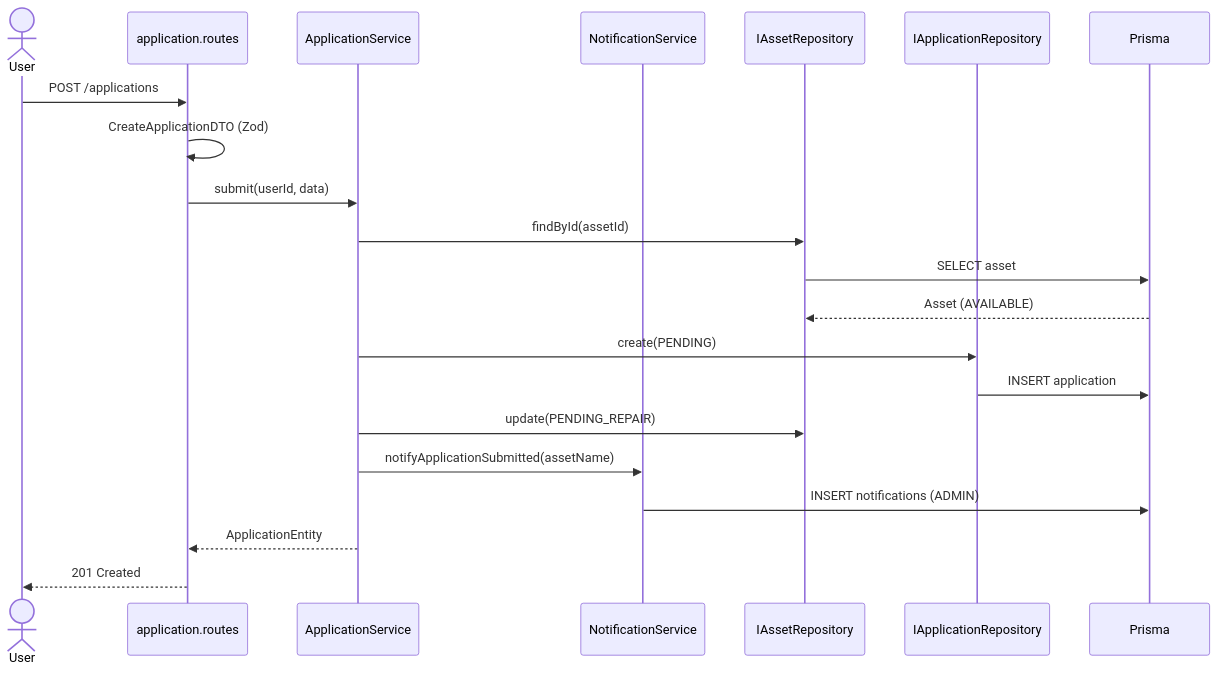
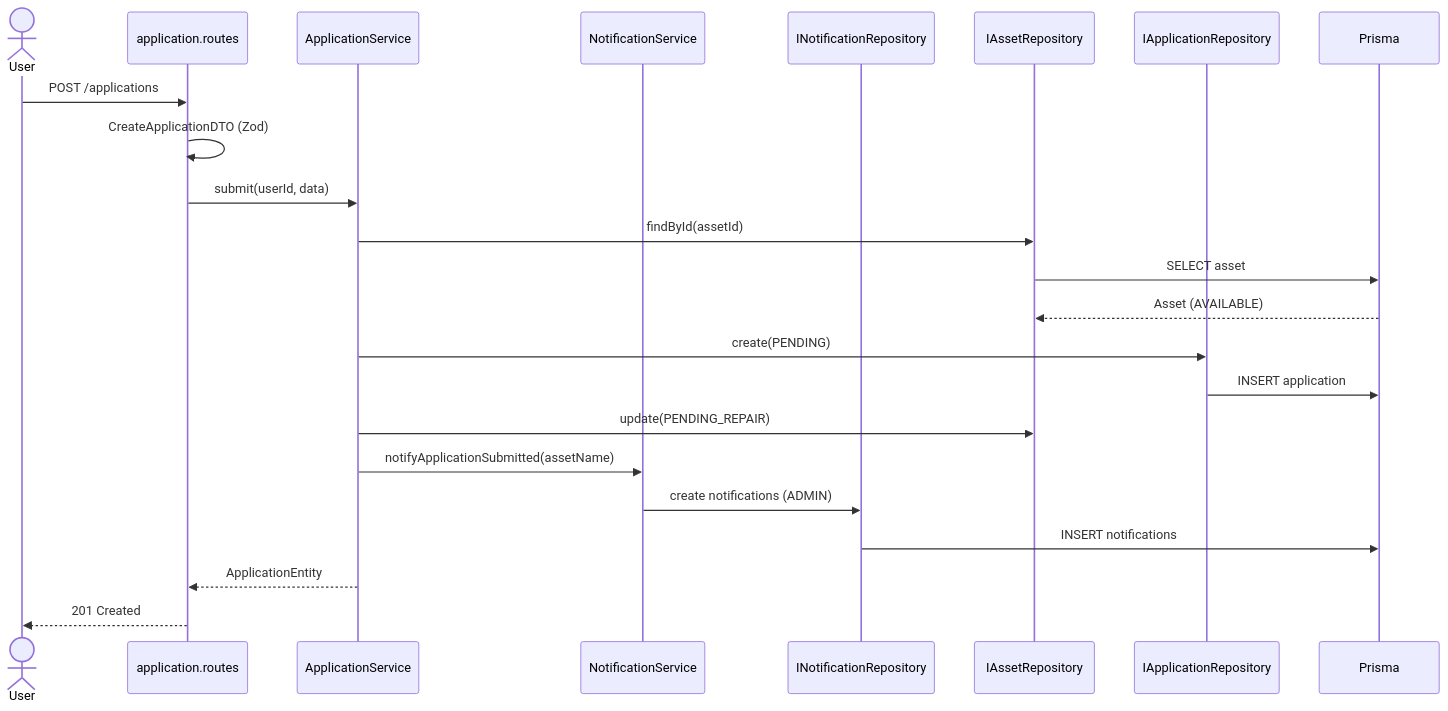
One commit to ryukyucoding/asset-management changed the third of 3 diagrams in docs/clean-architecture.md. Above: the diagram before and after it, drawn with Mermaid. The commit also changed other lines of this file and 18 other files, not shown here.

````diff
--- a/docs/clean-architecture.md
+++ b/docs/clean-architecture.md
@@ -144,24 +143,26 @@
 ```mermaid
 sequenceDiagram
     actor U as User
     participant R as application.routes
     participant S as ApplicationService
     participant N as NotificationService
+    participant NR as INotificationRepository
     participant AR as IAssetRepository
     participant AP as IApplicationRepository
     participant PR as Prisma
 
     U->>R: POST /applications
     R->>R: CreateApplicationDTO (Zod)
     R->>S: submit(userId, data)
     S->>AR: findById(assetId)
     AR->>PR: SELECT asset
     PR-->>AR: Asset (AVAILABLE)
     S->>AP: create(PENDING)
     AP->>PR: INSERT application
     S->>AR: update(PENDING_REPAIR)
     S->>N: notifyApplicationSubmitted(assetName)
-    N->>PR: INSERT notifications (ADMIN)
+    N->>NR: create notifications (ADMIN)
+    NR->>PR: INSERT notifications
     S-->>R: ApplicationEntity
     R-->>U: 201 Created
 ```
````
